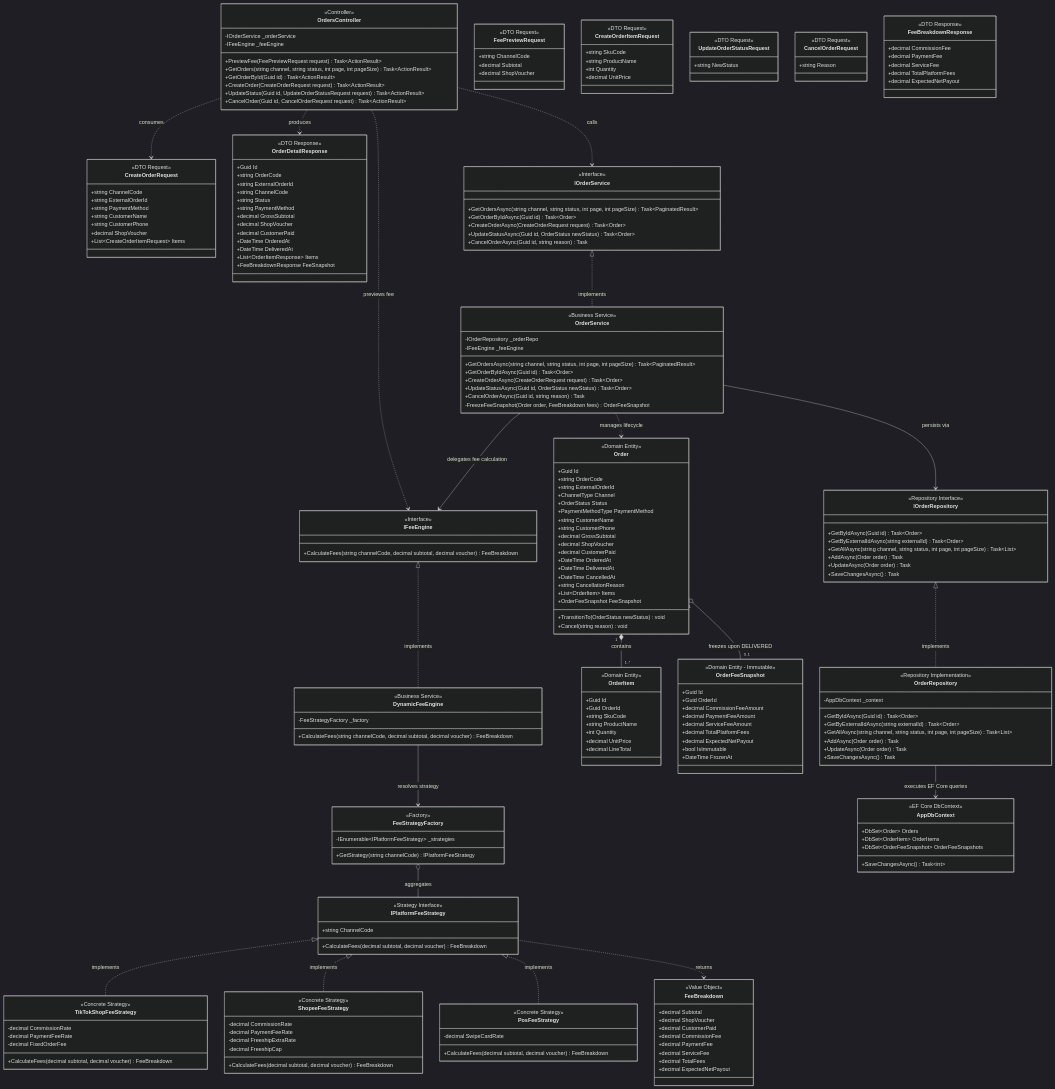
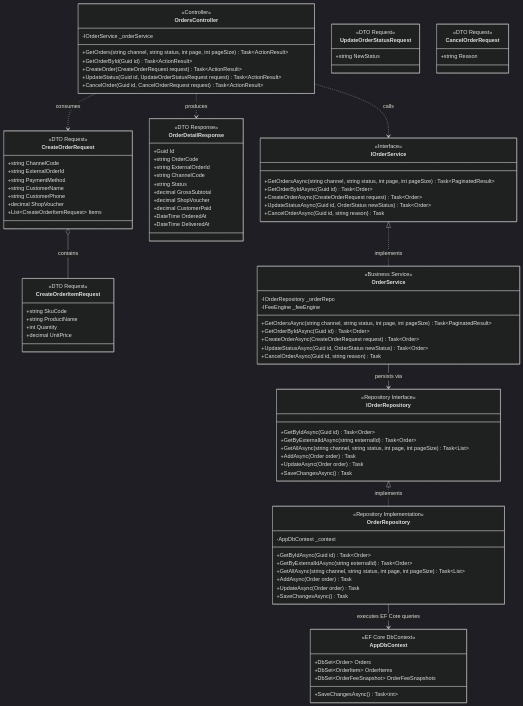
One commit to duchoa0405/Quanly_DoanhThu_LoiNhuan_DangDucHoa_VSF changed the first of 3 diagrams in docs/architecture/class_diagram_orders_fees_en.md. Above: the diagram before and after it, drawn with Mermaid (dark theme).

Commit message:
docs(architecture): decompose Orders & Fee Engine into 3 focused sub-diagrams

````diff
--- a/docs/architecture/class_diagram_orders_fees_en.md
+++ b/docs/architecture/class_diagram_orders_fees_en.md
@@ -21,26 +24,14 @@
 classDiagram
     direction TB
 
-    %% ===================================================
-    %% PRESENTATION TIER: FashionWeb.Api
-    %% ===================================================
     class OrdersController {
         <<Controller>>
         -IOrderService _orderService
-        -IFeeEngine _feeEngine
-        +PreviewFee(FeePreviewRequest request) Task~ActionResult~
         +GetOrders(string channel, string status, int page, int pageSize) Task~ActionResult~
         +GetOrderById(Guid id) Task~ActionResult~
         +CreateOrder(CreateOrderRequest request) Task~ActionResult~
         +UpdateStatus(Guid id, UpdateOrderStatusRequest request) Task~ActionResult~
         +CancelOrder(Guid id, CancelOrderRequest request) Task~ActionResult~
-    }
-
-    class FeePreviewRequest {
-        <<DTO Request>>
-        +string ChannelCode
-        +decimal Subtotal
-        +decimal ShopVoucher
     }
 
     class CreateOrderRequest {
@@ -79,28 +70,13 @@
         +string ExternalOrderId
         +string ChannelCode
         +string Status
-        +string PaymentMethod
         +decimal GrossSubtotal
         +decimal ShopVoucher
         +decimal CustomerPaid
         +DateTime OrderedAt
         +DateTime DeliveredAt
-        +List~OrderItemResponse~ Items
-        +FeeBreakdownResponse FeeSnapshot
     }
 
-    class FeeBreakdownResponse {
-        <<DTO Response>>
-        +decimal CommissionFee
-        +decimal PaymentFee
-        +decimal ServiceFee
-        +decimal TotalPlatformFees
-        +decimal ExpectedNetPayout
-    }
-
-    %% ===================================================
-    %% BUSINESS TIER: FashionWeb.Business
-    %% ===================================================
     class IOrderService {
         <<Interface>>
         +GetOrdersAsync(string channel, string status, int page, int pageSize) Task~PaginatedResult~
@@ -119,117 +95,8 @@
         +CreateOrderAsync(CreateOrderRequest request) Task~Order~
         +UpdateStatusAsync(Guid id, OrderStatus newStatus) Task~Order~
         +CancelOrderAsync(Guid id, string reason) Task
-        -FreezeFeeSnapshot(Order order, FeeBreakdown fees) OrderFeeSnapshot
     }
 
-    class IFeeEngine {
-        <<Interface>>
-        +CalculateFees(string channelCode, decimal subtotal, decimal voucher) FeeBreakdown
-    }
-
-    class DynamicFeeEngine {
-        <<Business Service>>
-        -FeeStrategyFactory _factory
-        +CalculateFees(string channelCode, decimal subtotal, decimal voucher) FeeBreakdown
-    }
-
-    class FeeStrategyFactory {
-        <<Factory>>
-        -IEnumerable~IPlatformFeeStrategy~ _strategies
-        +GetStrategy(string channelCode) IPlatformFeeStrategy
-    }
-
-    class IPlatformFeeStrategy {
-        <<Strategy Interface>>
-        +string ChannelCode
-        +CalculateFees(decimal subtotal, decimal voucher) FeeBreakdown
-    }
-
-    class TikTokShopFeeStrategy {
-        <<Concrete Strategy>>
-        -decimal CommissionRate
-        -decimal PaymentFeeRate
-        -decimal FixedOrderFee
-        +CalculateFees(decimal subtotal, decimal voucher) FeeBreakdown
-    }
-
-    class ShopeeFeeStrategy {
-        <<Concrete Strategy>>
-        -decimal CommissionRate
-        -decimal PaymentFeeRate
-        -decimal FreeshipExtraRate
-        -decimal FreeshipCap
-        +CalculateFees(decimal subtotal, decimal voucher) FeeBreakdown
-    }
-
-    class PosFeeStrategy {
-        <<Concrete Strategy>>
-        -decimal SwipeCardRate
-        +CalculateFees(decimal subtotal, decimal voucher) FeeBreakdown
-    }
-
-    class FeeBreakdown {
-        <<Value Object>>
-        +decimal Subtotal
-        +decimal ShopVoucher
-        +decimal CustomerPaid
-        +decimal CommissionFee
-        +decimal PaymentFee
-        +decimal ServiceFee
-        +decimal TotalFees
-        +decimal ExpectedNetPayout
-    }
-
-    class Order {
-        <<Domain Entity>>
-        +Guid Id
-        +string OrderCode
-        +string ExternalOrderId
-        +ChannelType Channel
-        +OrderStatus Status
-        +PaymentMethodType PaymentMethod
-        +string CustomerName
-        +string CustomerPhone
-        +decimal GrossSubtotal
-        +decimal ShopVoucher
-        +decimal CustomerPaid
-        +DateTime OrderedAt
-        +DateTime DeliveredAt
-        +DateTime CancelledAt
-        +string CancellationReason
-        +List~OrderItem~ Items
-        +OrderFeeSnapshot FeeSnapshot
-        +TransitionTo(OrderStatus newStatus) void
-        +Cancel(string reason) void
-    }
-
-    class OrderItem {
-        <<Domain Entity>>
-        +Guid Id
-        +Guid OrderId
-        +string SkuCode
-        +string ProductName
-        +int Quantity
-        +decimal UnitPrice
-        +decimal LineTotal
-    }
-
-    class OrderFeeSnapshot {
-        <<Domain Entity - Immutable>>
-        +Guid Id
-        +Guid OrderId
-        +decimal CommissionFeeAmount
-        +decimal PaymentFeeAmount
-        +decimal ServiceFeeAmount
-        +decimal TotalPlatformFees
-        +decimal ExpectedNetPayout
-        +bool IsImmutable
-        +DateTime FrozenAt
-    }
-
-    %% ===================================================
-    %% DATA TIER: FashionWeb.Data
-    %% ===================================================
     class IOrderRepository {
         <<Repository Interface>>
         +GetByIdAsync(Guid id) Task~Order~
@@ -259,31 +126,13 @@
         +SaveChangesAsync() Task~int~
     }
 
-    %% ===================================================
-    %% RELATIONSHIPS & DEPENDENCIES
-    %% ===================================================
     OrdersController ..> IOrderService : calls
-    OrdersController ..> IFeeEngine : previews fee
     OrdersController ..> CreateOrderRequest : consumes
     OrdersController ..> OrderDetailResponse : produces
+    CreateOrderRequest o-- CreateOrderItemRequest : contains
 
     IOrderService <|.. OrderService : implements
     OrderService --> IOrderRepository : persists via
-    OrderService --> IFeeEngine : delegates fee calculation
-    OrderService ..> Order : manages lifecycle
-
-    IFeeEngine <|.. DynamicFeeEngine : implements
-    DynamicFeeEngine --> FeeStrategyFactory : resolves strategy
-    FeeStrategyFactory o-- IPlatformFeeStrategy : aggregates
-
-    IPlatformFeeStrategy <|.. TikTokShopFeeStrategy : implements
-    IPlatformFeeStrategy <|.. ShopeeFeeStrategy : implements
-    IPlatformFeeStrategy <|.. PosFeeStrategy : implements
-    IPlatformFeeStrategy ..> FeeBreakdown : returns
-
     IOrderRepository <|.. OrderRepository : implements
     OrderRepository --> AppDbContext : executes EF Core queries
-
-    Order "1" *-- "1..*" OrderItem : contains
-    Order "1" o-- "0..1" OrderFeeSnapshot : freezes upon DELIVERED
 ```
````
